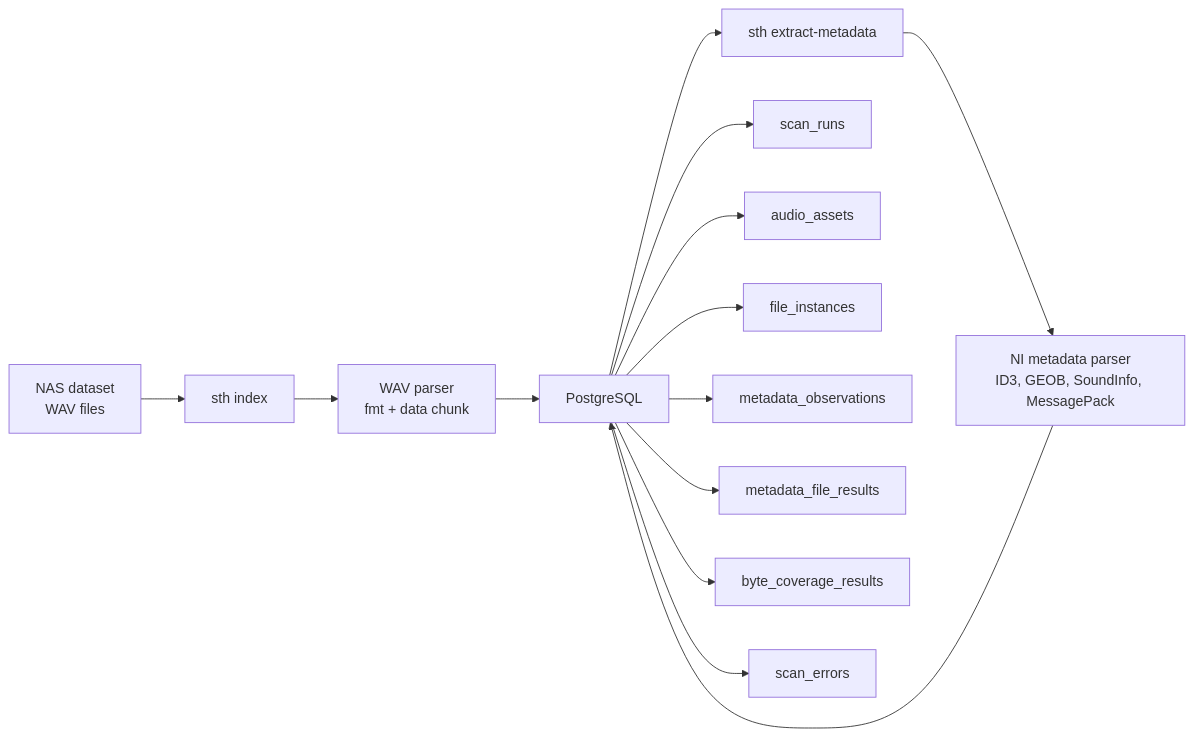
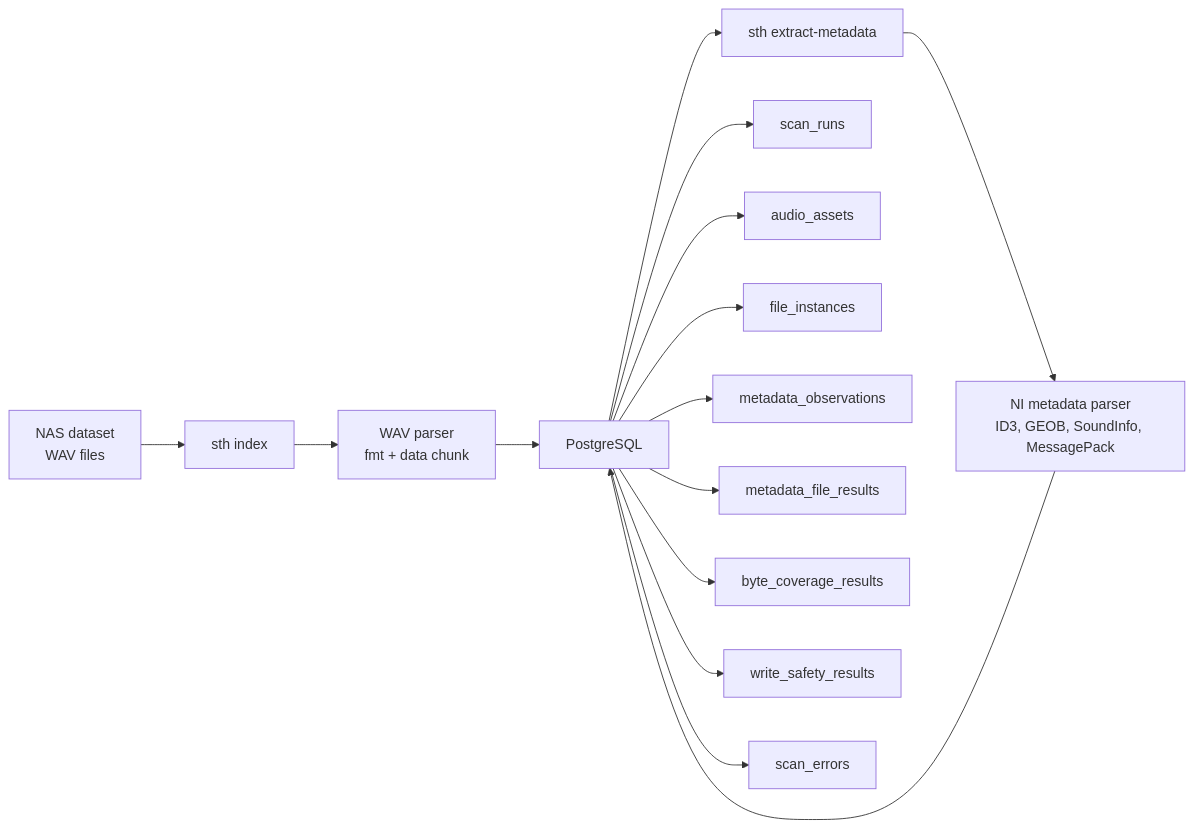
The diagram in src/sampletagharmonizer/db/README.md (stefanklocke/sampletagharmonizer), drawn with Mermaid before and after one commit. The commit also changed other lines of this file and 7 other files, not shown here.

Commit message:
write safety case adjustments

````diff
--- a/src/sampletagharmonizer/db/README.md
+++ b/src/sampletagharmonizer/db/README.md
@@ -22,25 +22,26 @@
 ```mermaid
 flowchart LR
     nas["NAS dataset<br/>WAV files"]
     index["sth index"]
     metadata["sth extract-metadata"]
     wav["WAV parser<br/>fmt + data chunk"]
     ni["NI metadata parser<br/>ID3, GEOB, SoundInfo, MessagePack"]
     db["PostgreSQL"]
 
     nas --> index
     index --> wav
     wav --> db
 
     db --> metadata
     metadata --> ni
     ni --> db
 
     db --> scan_runs
     db --> audio_assets
     db --> file_instances
     db --> metadata_observations
     db --> metadata_file_results
     db --> byte_coverage_results
+    db --> write_safety_results
     db --> scan_errors
 ```
````
